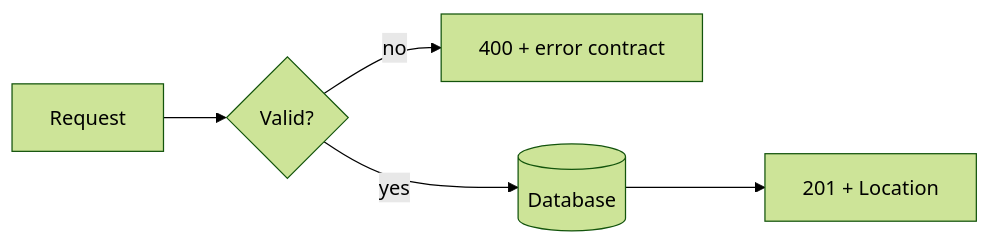
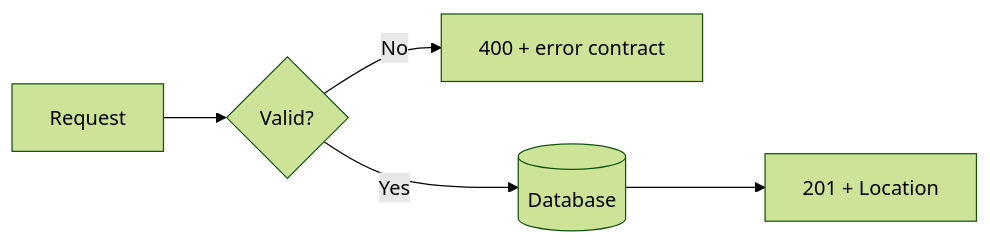
The first of 9 diagrams in docs/visuals.md (Chamba-Lab/studyforge), drawn with Mermaid (forest theme) before and after one commit. The commit also changed other lines of this file and 6 other files, not shown here.

Commit message:
fix(skill): require capitalized diagram labels and a proofreading pass (#6)

````diff
--- a/docs/visuals.md
+++ b/docs/visuals.md
@@ -10,7 +10,7 @@
 ```mermaid
 flowchart LR
     A[Request] --> B{Valid?}
-    B -- no --> C[400 + error contract]
-    B -- yes --> D[(Database)]
+    B -- No --> C[400 + error contract]
+    B -- Yes --> D[(Database)]
     D --> E[201 + Location]
 ```
````
